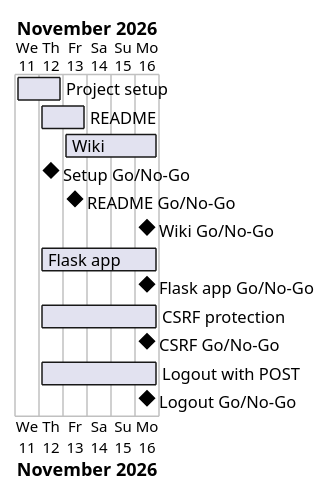
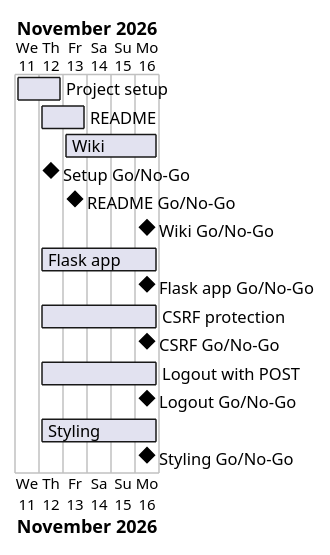
The diagram in docs/project-plan.md (Tirsvad-Udemy-100-days-of-code/068-flask-auth), drawn with PlantUML before and after one commit. The commit also changed other lines of this file and 18 other files, not shown here.

````diff
--- a/docs/project-plan.md
+++ b/docs/project-plan.md
@@ -40,17 +41,19 @@
 ```plantuml
 @startgantt
 Project starts 2026-11-11
 [Project setup] starts 2026-11-11 and ends 2026-11-12
 [README] starts 2026-11-12 and ends 2026-11-13
 [Wiki] starts 2026-11-13 and ends 2026-11-16
 [Setup Go/No-Go] happens 2026-11-12
 [README Go/No-Go] happens 2026-11-13
 [Wiki Go/No-Go] happens 2026-11-16
 [Flask app] starts 2026-11-12 and ends 2026-11-16
 [Flask app Go/No-Go] happens 2026-11-16
 [CSRF protection] starts 2026-11-12 and ends 2026-11-16
 [CSRF Go/No-Go] happens 2026-11-16
 [Logout with POST] starts 2026-11-12 and ends 2026-11-16
 [Logout Go/No-Go] happens 2026-11-16
+[Styling] starts 2026-11-12 and ends 2026-11-16
+[Styling Go/No-Go] happens 2026-11-16
 @endgantt
 ```
````
